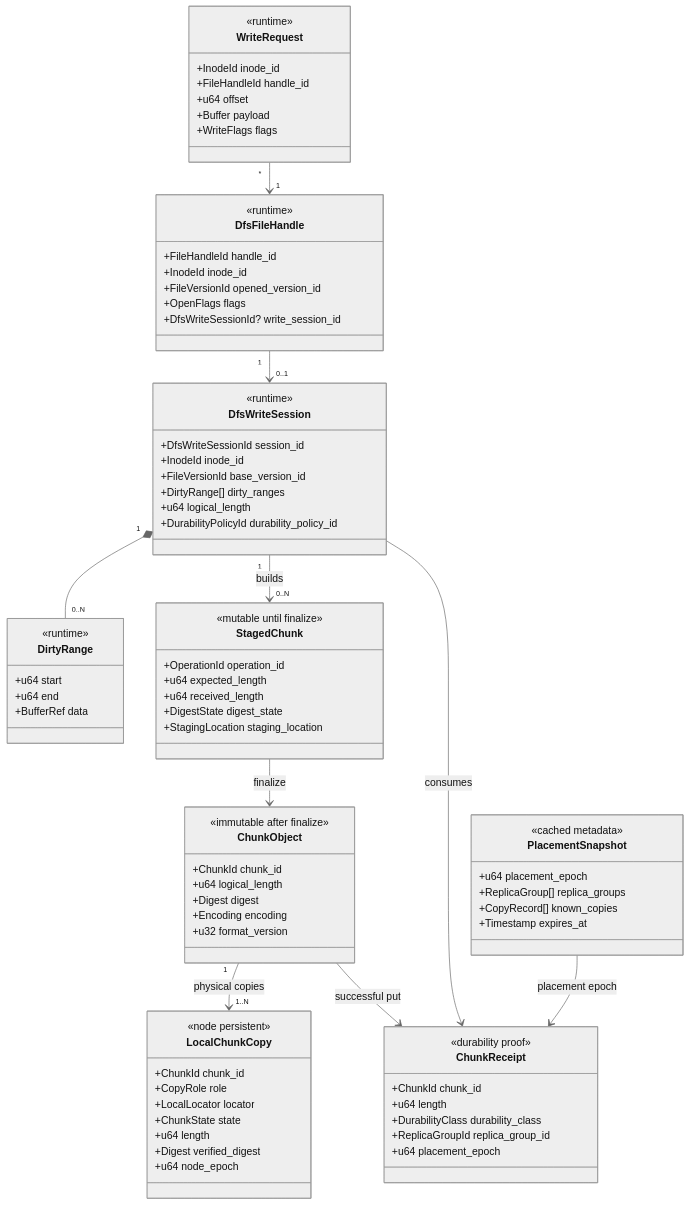
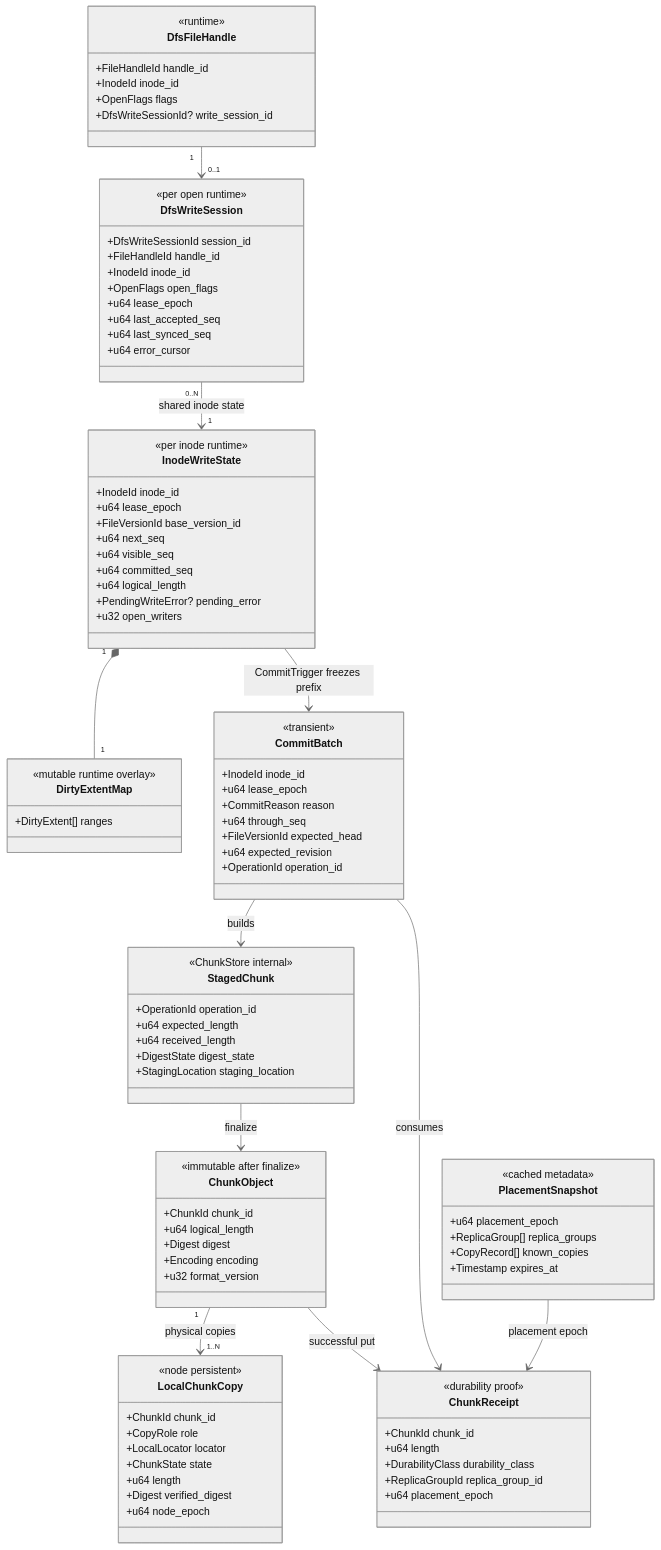
Before and after one commit to lelezi257/dms: the fourth of 5 diagrams in docs/architecture/01-file-version-chunk-model.md, drawn with Mermaid (neutral theme). The commit also changed other lines of this file and 15 other files, not shown here.

First line of the commit message:
Define the user-visible durability boundary before expanding replication

````diff
--- a/docs/architecture/01-file-version-chunk-model.md
+++ b/docs/architecture/01-file-version-chunk-model.md
@@ -422,39 +456,53 @@
   <<runtime>>
   +FileHandleId handle_id
   +InodeId inode_id
-  +FileVersionId opened_version_id
   +OpenFlags flags
   +DfsWriteSessionId? write_session_id
 }
 
-class WriteRequest {
-  <<runtime>>
+class DfsWriteSession {
+  <<per open runtime>>
+  +DfsWriteSessionId session_id
+  +FileHandleId handle_id
   +InodeId inode_id
-  +FileHandleId handle_id
-  +u64 offset
-  +Buffer payload
-  +WriteFlags flags
+  +OpenFlags open_flags
+  +u64 lease_epoch
+  +u64 last_accepted_seq
+  +u64 last_synced_seq
+  +u64 error_cursor
 }
 
-class DfsWriteSession {
-  <<runtime>>
-  +DfsWriteSessionId session_id
+class InodeWriteState {
+  <<per inode runtime>>
   +InodeId inode_id
+  +u64 lease_epoch
   +FileVersionId base_version_id
-  +DirtyRange[] dirty_ranges
+  +u64 next_seq
+  +u64 visible_seq
+  +u64 committed_seq
   +u64 logical_length
-  +DurabilityPolicyId durability_policy_id
+  +PendingWriteError? pending_error
+  +u32 open_writers
 }
 
-class DirtyRange {
-  <<runtime>>
-  +u64 start
-  +u64 end
-  +BufferRef data
+class DirtyExtentMap {
+  <<mutable runtime overlay>>
+  +DirtyExtent[] ranges
+}
+
+class CommitBatch {
+  <<transient>>
+  +InodeId inode_id
+  +u64 lease_epoch
+  +CommitReason reason
+  +u64 through_seq
+  +FileVersionId expected_head
+  +u64 expected_revision
+  +OperationId operation_id
 }
 
 class StagedChunk {
-  <<mutable until finalize>>
+  <<ChunkStore internal>>
   +OperationId operation_id
   +u64 expected_length
   +u64 received_length
@@ -500,12 +548,13 @@
 }
 
 DfsFileHandle "1" --> "0..1" DfsWriteSession
-WriteRequest "*" --> "1" DfsFileHandle
-DfsWriteSession "1" *-- "0..N" DirtyRange
-DfsWriteSession "1" --> "0..N" StagedChunk : builds
+DfsWriteSession "0..N" --> "1" InodeWriteState : shared inode state
+InodeWriteState "1" *-- "1" DirtyExtentMap
+InodeWriteState --> CommitBatch : CommitTrigger freezes prefix
+CommitBatch --> StagedChunk : builds
 StagedChunk --> ChunkObject : finalize
 ChunkObject "1" --> "1..N" LocalChunkCopy : physical copies
 ChunkObject --> ChunkReceipt : successful put
-DfsWriteSession --> ChunkReceipt : consumes
+CommitBatch --> ChunkReceipt : consumes
 PlacementSnapshot --> ChunkReceipt : placement epoch
 ```
````
